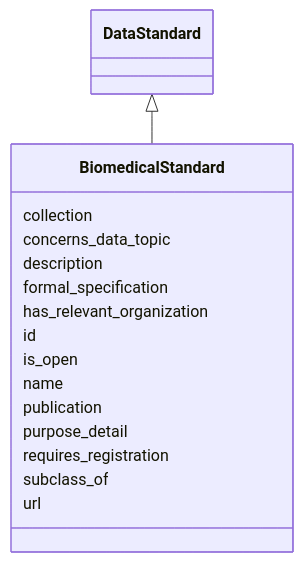
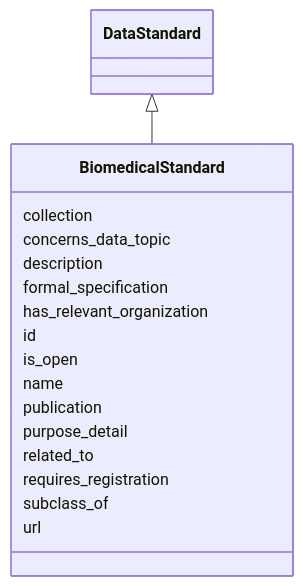
One commit to bridge2ai/standards-schemas changed the diagram in docs/BiomedicalStandard.md. Above: the diagram before and after it, drawn with Mermaid. The commit also changed other lines of this file and 65 other files, not shown here.

````diff
--- a/docs/BiomedicalStandard.md
+++ b/docs/BiomedicalStandard.md
@@ -11,20 +11,21 @@
 ```mermaid
  classDiagram
     class BiomedicalStandard
       DataStandard <|-- BiomedicalStandard
       
       BiomedicalStandard : collection
       BiomedicalStandard : concerns_data_topic
       BiomedicalStandard : description
       BiomedicalStandard : formal_specification
       BiomedicalStandard : has_relevant_organization
       BiomedicalStandard : id
       BiomedicalStandard : is_open
       BiomedicalStandard : name
       BiomedicalStandard : publication
       BiomedicalStandard : purpose_detail
+      BiomedicalStandard : related_to
       BiomedicalStandard : requires_registration
       BiomedicalStandard : subclass_of
       BiomedicalStandard : url
       
 ```
````
